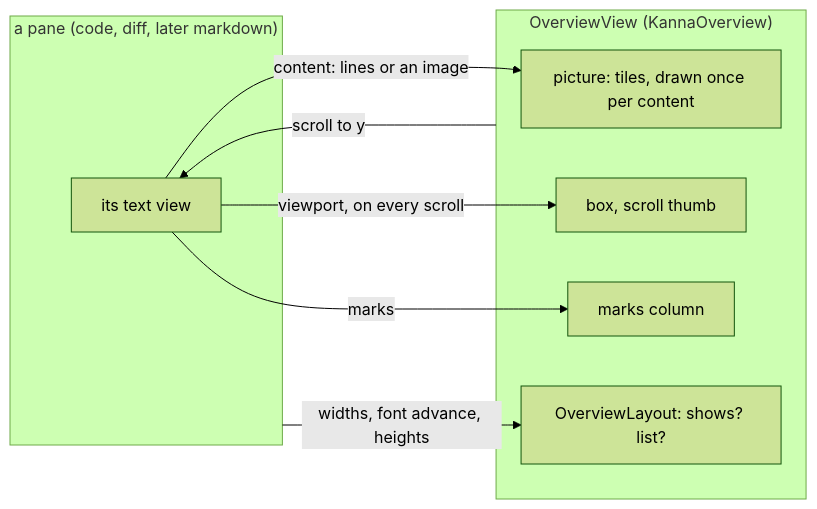
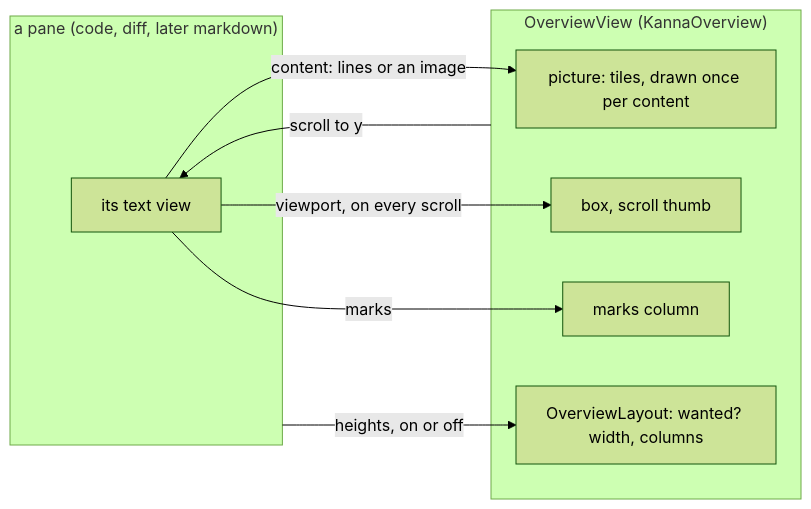
One commit to tampopogk/kanna changed the second of 2 diagrams in docs/specs/overview.md. Above: the diagram before and after it, drawn with Mermaid (forest theme). The commit also changed other lines of this file and 1 other file, not shown here.

Commit message:
Overview joins the diff pane's side-panel rule: the list wants 110 columns beside the list and a wanted overview, so narrowing only hides (list, then overview); spec and mockup

````diff
--- a/docs/specs/overview.md
+++ b/docs/specs/overview.md
@@ -81,17 +79,17 @@
 ```mermaid
 flowchart LR
     subgraph P["a pane (code, diff, later markdown)"]
         T["its text view"]
     end
     subgraph O["OverviewView (KannaOverview)"]
         PIC["picture: tiles, drawn once per content"]
         BOX["box, scroll thumb"]
         MK["marks column"]
-        LAY["OverviewLayout: shows? list?"]
+        LAY["OverviewLayout: wanted? width, columns"]
     end
     T -->|"content: lines or an image"| PIC
     T -->|"marks"| MK
     T -->|"viewport, on every scroll"| BOX
     O -->|"scroll to y"| T
-    P -->|"widths, font advance, heights"| LAY
+    P -->|"heights, on or off"| LAY
 ```
````
